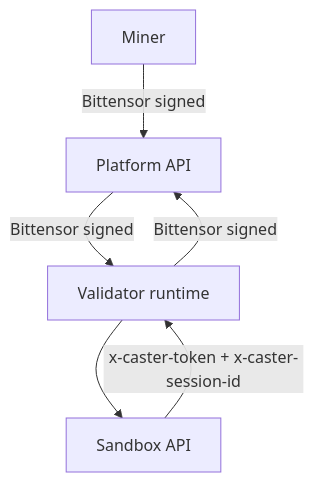
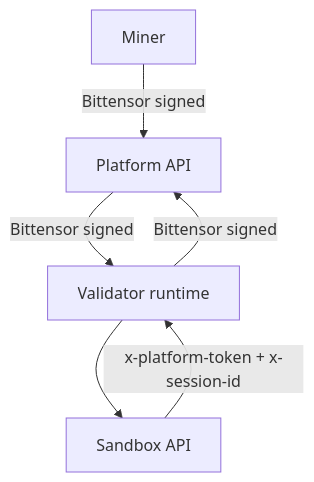
One commit to taolumberjack/harnyx changed the diagram in docs/api/README.md. Above: the diagram before and after it, drawn with Mermaid. The commit also changed other lines of this file and 76 other files, not shown here.

````diff
--- a/docs/api/README.md
+++ b/docs/api/README.md
@@ -36,10 +36,10 @@
 ```mermaid
 flowchart TB
   Miner[Miner] -->|Bittensor signed| Platform[Platform API]
 
   Validator[Validator runtime] -->|Bittensor signed| Platform
   Platform -->|Bittensor signed| Validator
 
   Validator --> Sandbox[Sandbox API]
-  Sandbox -->|x-caster-token + x-caster-session-id| Validator
+  Sandbox -->|x-platform-token + x-session-id| Validator
 ```
````
